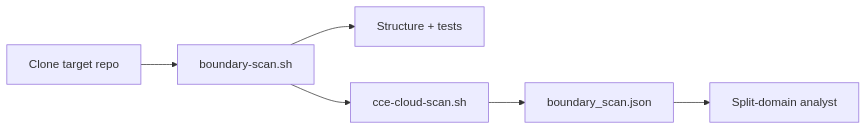
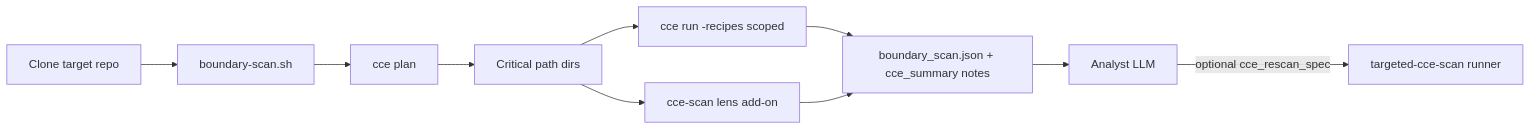
The diagram in modules/aios-agent-monorepo-services-splitter/docs/cce-powers.md (asarkar157/solutions), drawn with Mermaid before and after one commit. The commit also changed other lines of this file and 183 other files, not shown here.

````diff
--- a/modules/aios-agent-monorepo-services-splitter/docs/cce-powers.md
+++ b/modules/aios-agent-monorepo-services-splitter/docs/cce-powers.md
@@ -70,8 +62,12 @@
 ```mermaid
 flowchart LR
   A[Clone target repo] --> B[boundary-scan.sh]
-  B --> C[Structure + tests]
-  B --> D[cce-cloud-scan.sh]
-  D --> E[boundary_scan.json]
-  E --> F[Split-domain analyst]
+  B --> C[cce plan]
+  C --> D[Critical path dirs]
+  D --> E["cce run -recipes scoped"]
+  D --> F["cce-scan lens add-on"]
+  E --> G[boundary_scan.json + cce_summary notes]
+  F --> G
+  G --> H[Analyst LLM]
+  H -->|optional cce_rescan_spec| I[targeted-cce-scan runner]
 ```
````
